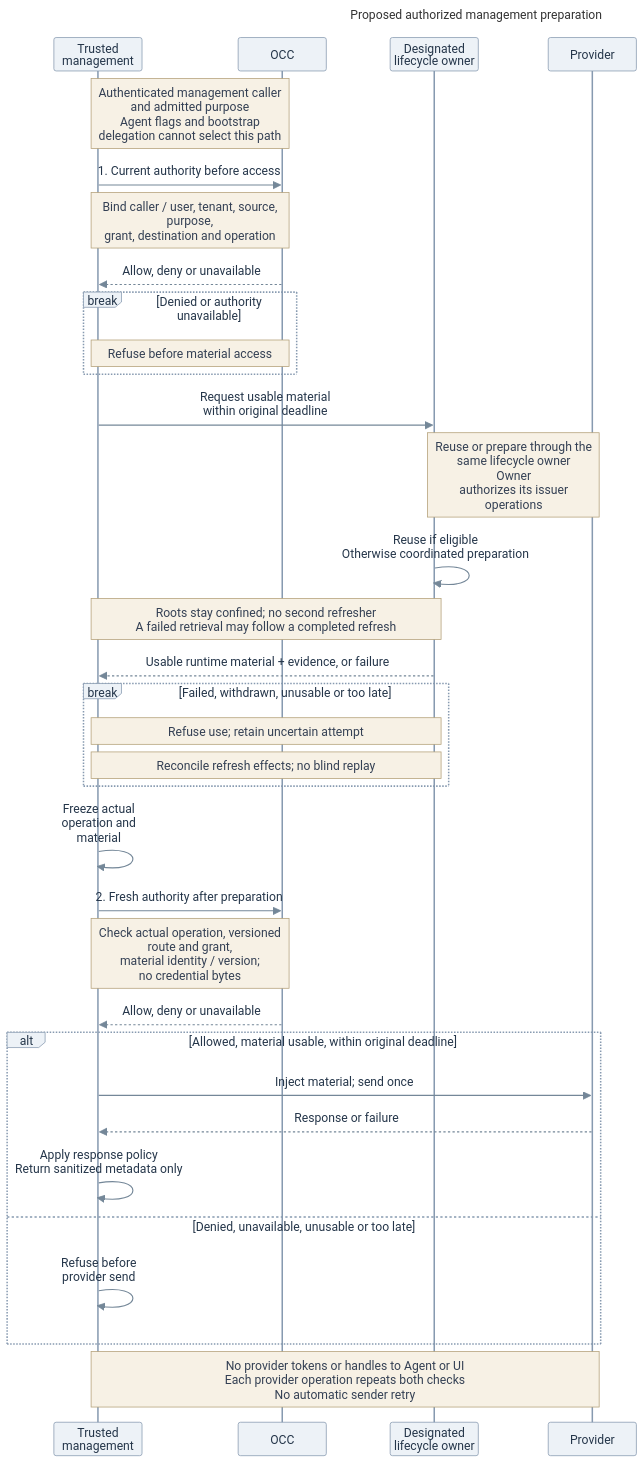
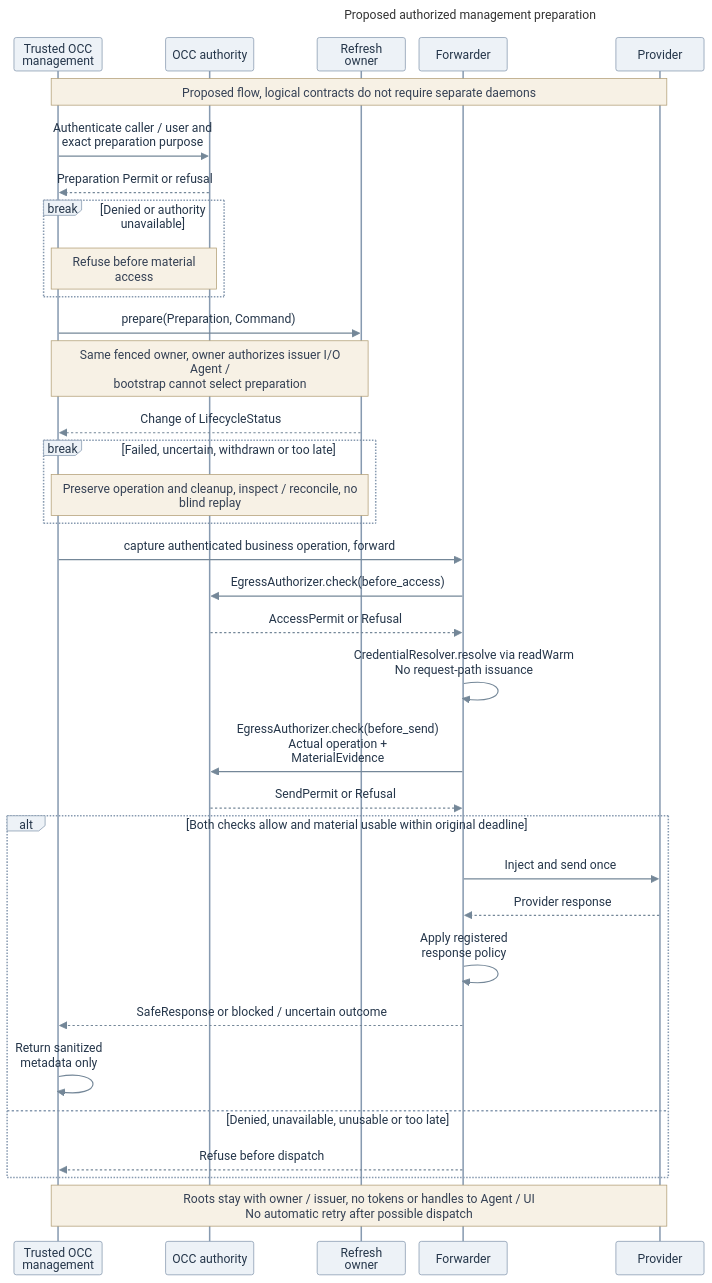
The diagram in specs/rfcs/0019-egress-proxy-credential-lifecycle/assets/management-preparation.mmd (freeqaz-openai/openclaw-enterprise), drawn with Mermaid before and after one commit. The commit also changed 22 other files, not shown here.

Commit message:
docs(rfc): define replacement egress and credential interfaces

```diff
--- a/specs/rfcs/0019-egress-proxy-credential-lifecycle/assets/management-preparation.mmd
+++ b/specs/rfcs/0019-egress-proxy-credential-lifecycle/assets/management-preparation.mmd
@@ -1,60 +1,62 @@
 ---
 title: "Proposed authorized management preparation"
 config:
   theme: base
+  htmlLabels: true
   themeVariables:
     fontFamily: "Arial, sans-serif"
     fontSize: "16px"
     actorBkg: "#EDF2F7"
     actorBorder: "#879AB0"
     actorTextColor: "#25364A"
     noteBkgColor: "#F7F1E5"
     noteBorderColor: "#B3A078"
     noteTextColor: "#344054"
     signalColor: "#748798"
     signalTextColor: "#25364A"
   sequence:
     useMaxWidth: false
     actorMargin: 18
     width: 116
     height: 44
     diagramMarginX: 12
     diagramMarginY: 12
     messageMargin: 16
     noteMargin: 8
     mirrorActors: true
     wrap: true
 ---
 sequenceDiagram
-  participant M as Trusted<br/>management
-  participant C as OCC
-  participant L as Designated<br/>lifecycle owner
+  participant M as Trusted OCC management
+  participant C as OCC authority
+  participant L as Refresh owner
+  participant F as Forwarder
   participant P as Provider
-  Note over M,C: Authenticated management caller and admitted purpose<br/>Agent flags and bootstrap delegation cannot select this path
-  M->>C: 1. Current authority before access
-  Note over M,C: Bind caller / user, tenant, source,<br/>purpose, grant, destination and operation
-  C-->>M: Allow, deny or unavailable
+  Note over M,P: Proposed flow, logical contracts do not require separate daemons
+  M->>C: Authenticate caller / user and exact preparation purpose
+  C-->>M: Preparation Permit or refusal
   break Denied or authority unavailable
     Note over M,C: Refuse before material access
   end
-  M->>L: Request usable material<br/>within original deadline
-  Note over L,P: Reuse or prepare through the same lifecycle owner<br/>Owner authorizes its issuer operations
-  L->>L: Reuse if eligible<br/>Otherwise coordinated preparation
-  Note over M,L: Roots stay confined#59; no second refresher<br/>A failed retrieval may follow a completed refresh
-  L-->>M: Usable runtime material + evidence, or failure
-  break Failed, withdrawn, unusable or too late
-    Note over M,L: Refuse use#59; retain uncertain attempt
-    Note over M,L: Reconcile refresh effects#59; no blind replay
+  M->>L: prepare(Preparation, Command)
+  Note over M,L: Same fenced owner, owner authorizes issuer I/O<br/>Agent / bootstrap cannot select preparation
+  L-->>M: Change of LifecycleStatus
+  break Failed, uncertain, withdrawn or too late
+    Note over M,L: Preserve operation and cleanup, inspect / reconcile, no blind replay
   end
-  M->>M: Freeze actual operation and material
-  M->>C: 2. Fresh authority after preparation
-  Note over M,C: Check actual operation, versioned route and grant,<br/>material identity / version#59; no credential bytes
-  C-->>M: Allow, deny or unavailable
-  alt Allowed, material usable, within original deadline
-    M->>P: Inject material#59; send once
-    P-->>M: Response or failure
-    M->>M: Apply response policy<br/>Return sanitized metadata only
+  M->>F: capture authenticated business operation, forward
+  F->>C: EgressAuthorizer.check(before_access)
+  C-->>F: AccessPermit or Refusal
+  F->>F: CredentialResolver.resolve via readWarm<br/>No request-path issuance
+  F->>C: EgressAuthorizer.check(before_send)<br/>Actual operation + MaterialEvidence
+  C-->>F: SendPermit or Refusal
+  alt Both checks allow and material usable within original deadline
+    F->>P: Inject and send once
+    P-->>F: Provider response
+    F->>F: Apply registered response policy
+    F-->>M: SafeResponse or blocked / uncertain outcome
+    M->>M: Return sanitized metadata only
   else Denied, unavailable, unusable or too late
-    M->>M: Refuse before provider send
+    F-->>M: Refuse before dispatch
   end
-  Note over M,P: No provider tokens or handles to Agent or UI<br/>Each provider operation repeats both checks<br/>No automatic sender retry
+  Note over M,P: Roots stay with owner / issuer, no tokens or handles to Agent / UI<br/>No automatic retry after possible dispatch
```
